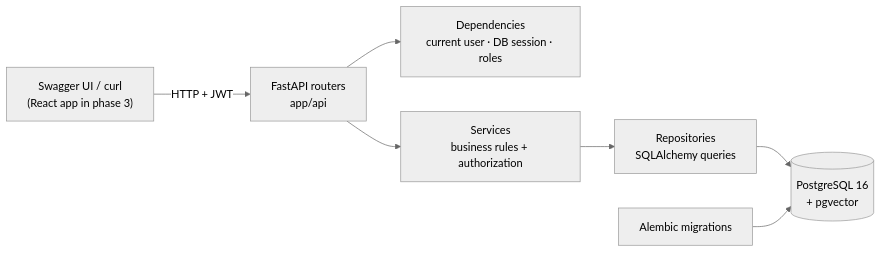
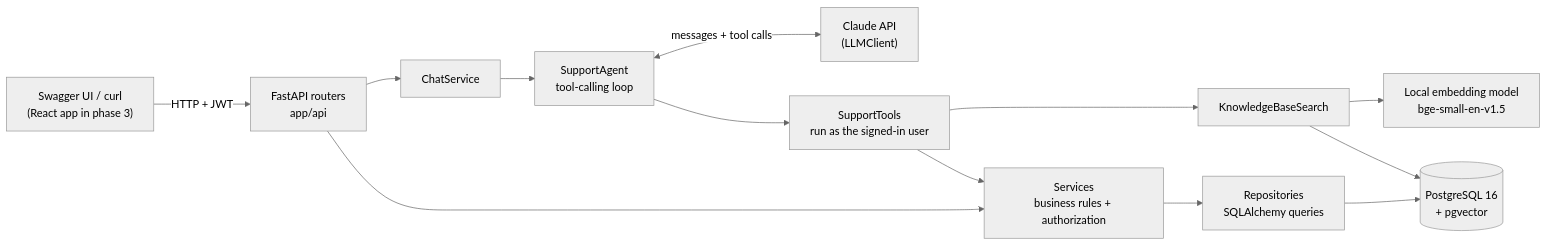
Before and after one commit to InviXtaHydra/invixta: the first of 4 diagrams in README.md, drawn with Mermaid (neutral theme). The commit also changed other lines of this file, not shown here.

Commit message:
docs: document RAG pipeline, AI agent, chat, logging and evaluation results

````diff
--- a/README.md
+++ b/README.md
@@ -9,9 +9,15 @@
 ```mermaid
 flowchart LR
     Client["Swagger UI / curl<br/>(React app in phase 3)"] -->|HTTP + JWT| API["FastAPI routers<br/>app/api"]
-    API --> Deps["Dependencies<br/>current user · DB session · roles"]
     API --> Services["Services<br/>business rules + authorization"]
+    API --> Chat["ChatService"]
+    Chat --> Agent["SupportAgent<br/>tool-calling loop"]
+    Agent <-->|messages + tool calls| LLM["Claude API<br/>(LLMClient)"]
+    Agent --> Tools["SupportTools<br/>run as the signed-in user"]
+    Tools --> Services
+    Tools --> Search["KnowledgeBaseSearch"]
+    Search --> Embed["Local embedding model<br/>bge-small-en-v1.5"]
     Services --> Repos["Repositories<br/>SQLAlchemy queries"]
     Repos --> DB[("PostgreSQL 16<br/>+ pgvector")]
-    Alembic["Alembic migrations"] --> DB
+    Search --> DB
 ```
````
